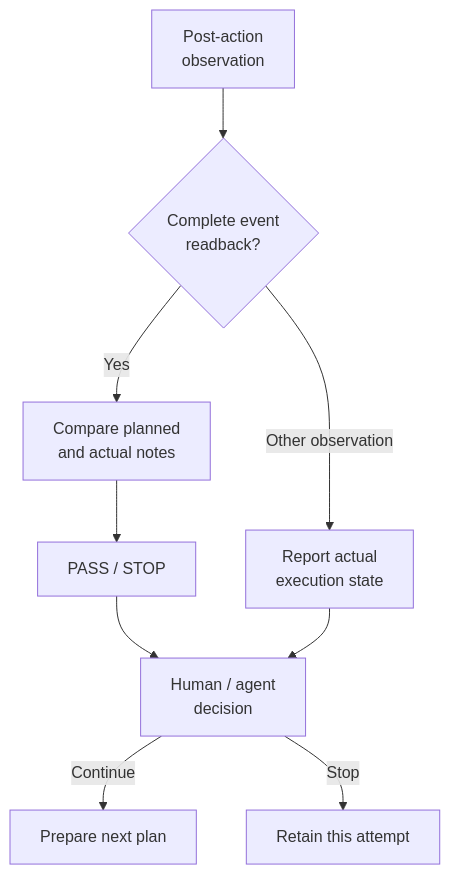
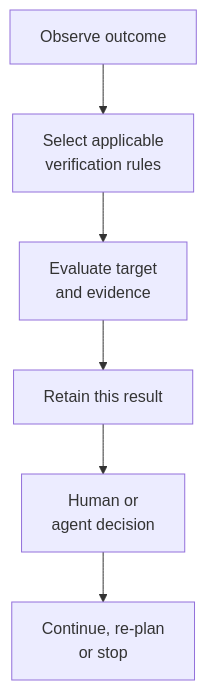
The fifth of 5 diagrams in README.en.md (ryurikoneko/DAWLoop), drawn with Mermaid before and after one commit. The commit also changed other lines of this file and 7 other files, not shown here.

Commit message:
docs(readme): clarify live test scope and simplify narrow-screen diagrams

````diff
--- a/README.en.md
+++ b/README.en.md
@@ -127,11 +118,8 @@
 ```mermaid
 flowchart TD
-    A[Post-action<br/>observation] --> B{Complete event<br/>readback?}
-    B -->|Yes| C[Compare planned<br/>and actual notes]
-    C --> D[PASS / STOP]
-    B -->|Other observation| E[Report actual<br/>execution state]
-    D --> F[Human / agent<br/>decision]
-    E --> F
-    F -->|Continue| G[Prepare next plan]
-    F -->|Stop| H[Retain this attempt]
+    A[Observe outcome] --> B[Select applicable<br/>verification rules]
+    B --> C[Evaluate target<br/>and evidence]
+    C --> D[Retain this result]
+    D --> E[Human or<br/>agent decision]
+    E --> F[Continue, re-plan<br/>or stop]
 ```
````
